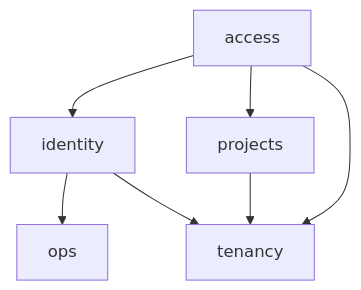
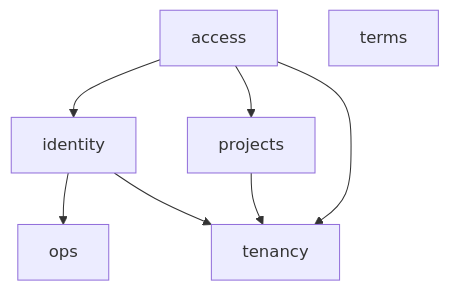
One commit to kingdonk-ops/Project-AIP changed the diagram in docs/architecture/module-map.md. Above: the diagram before and after it, drawn with Mermaid. The commit also changed other lines of this file and 32 other files, not shown here.

````diff
--- a/docs/architecture/module-map.md
+++ b/docs/architecture/module-map.md
@@ -20,11 +21,12 @@
 ```mermaid
 graph TD
     access --> identity
     access --> projects
     access --> tenancy
     identity --> ops
     identity --> tenancy
     ops
     projects --> tenancy
     tenancy
+    terms
 ```
````
